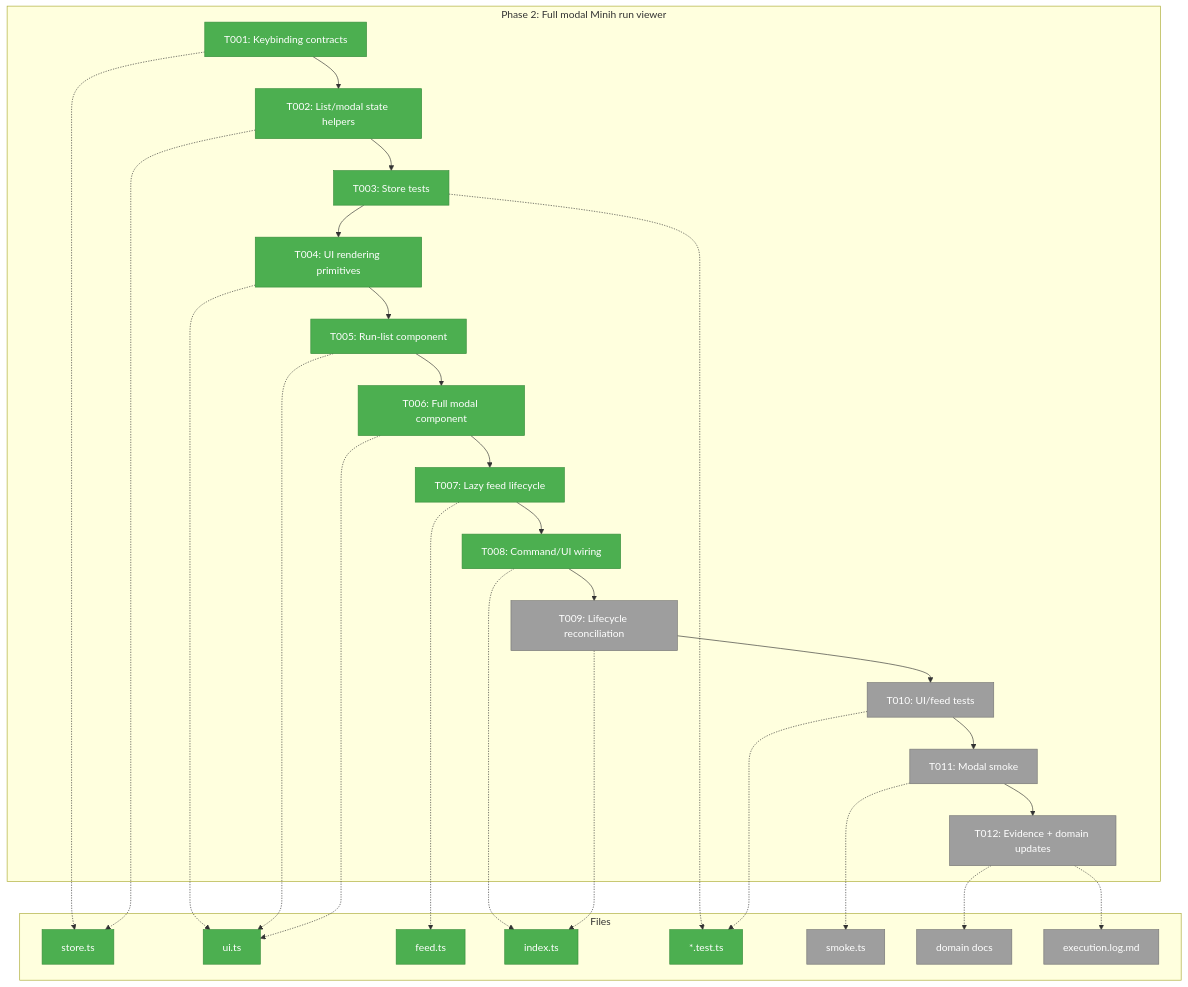
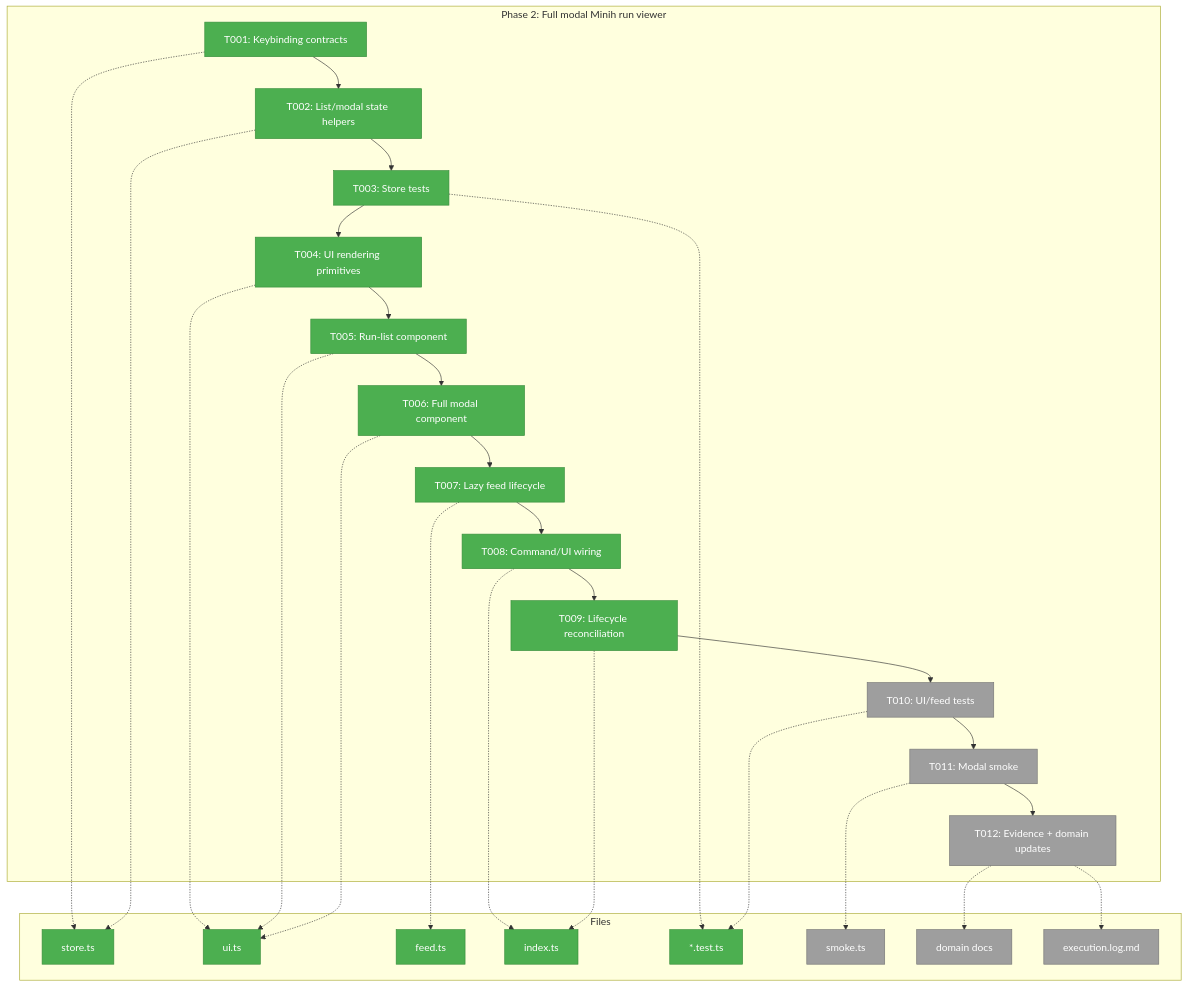
The first of 3 diagrams in docs/plans/007-options-for-pi-extensions-that-do-subagents/tasks/phase-2-full-modal-minih-run-viewer/tasks.md (vaughanknight/pij), drawn with Mermaid before and after one commit. The commit also changed other lines of this file and 3 other files, not shown here.

````diff
--- a/docs/plans/007-options-for-pi-extensions-that-do-subagents/tasks/phase-2-full-modal-minih-run-viewer/tasks.md
+++ b/docs/plans/007-options-for-pi-extensions-that-do-subagents/tasks/phase-2-full-modal-minih-run-viewer/tasks.md
@@ -135,47 +135,47 @@
 ```mermaid
 flowchart TD
     classDef pending fill:#9E9E9E,stroke:#757575,color:#fff
     classDef inprogress fill:#FFC107,stroke:#FFA000,color:#000
     classDef completed fill:#4CAF50,stroke:#388E3C,color:#fff
 
     subgraph Phase["Phase 2: Full modal Minih run viewer"]
         T001["T001: Keybinding contracts"]:::completed
         T002["T002: List/modal state helpers"]:::completed
         T003["T003: Store tests"]:::completed
         T004["T004: UI rendering primitives"]:::completed
         T005["T005: Run-list component"]:::completed
         T006["T006: Full modal component"]:::completed
         T007["T007: Lazy feed lifecycle"]:::completed
         T008["T008: Command/UI wiring"]:::completed
-        T009["T009: Lifecycle reconciliation"]:::pending
+        T009["T009: Lifecycle reconciliation"]:::completed
         T010["T010: UI/feed tests"]:::pending
         T011["T011: Modal smoke"]:::pending
         T012["T012: Evidence + domain updates"]:::pending
         T001 --> T002 --> T003 --> T004 --> T005 --> T006 --> T007 --> T008 --> T009 --> T010 --> T011 --> T012
     end
 
     subgraph Files["Files"]
         F1["store.ts"]:::completed
         F2["ui.ts"]:::completed
         F3["feed.ts"]:::completed
         F4["index.ts"]:::completed
         F5["*.test.ts"]:::completed
         F6["smoke.ts"]:::pending
         F7["domain docs"]:::pending
         F8["execution.log.md"]:::pending
     end
 
     T001 -.-> F1
     T002 -.-> F1
     T003 -.-> F5
     T004 -.-> F2
     T005 -.-> F2
     T006 -.-> F2
     T007 -.-> F3
     T008 -.-> F4
     T009 -.-> F4
     T010 -.-> F5
     T011 -.-> F6
     T012 -.-> F7
     T012 -.-> F8
 ```
````
